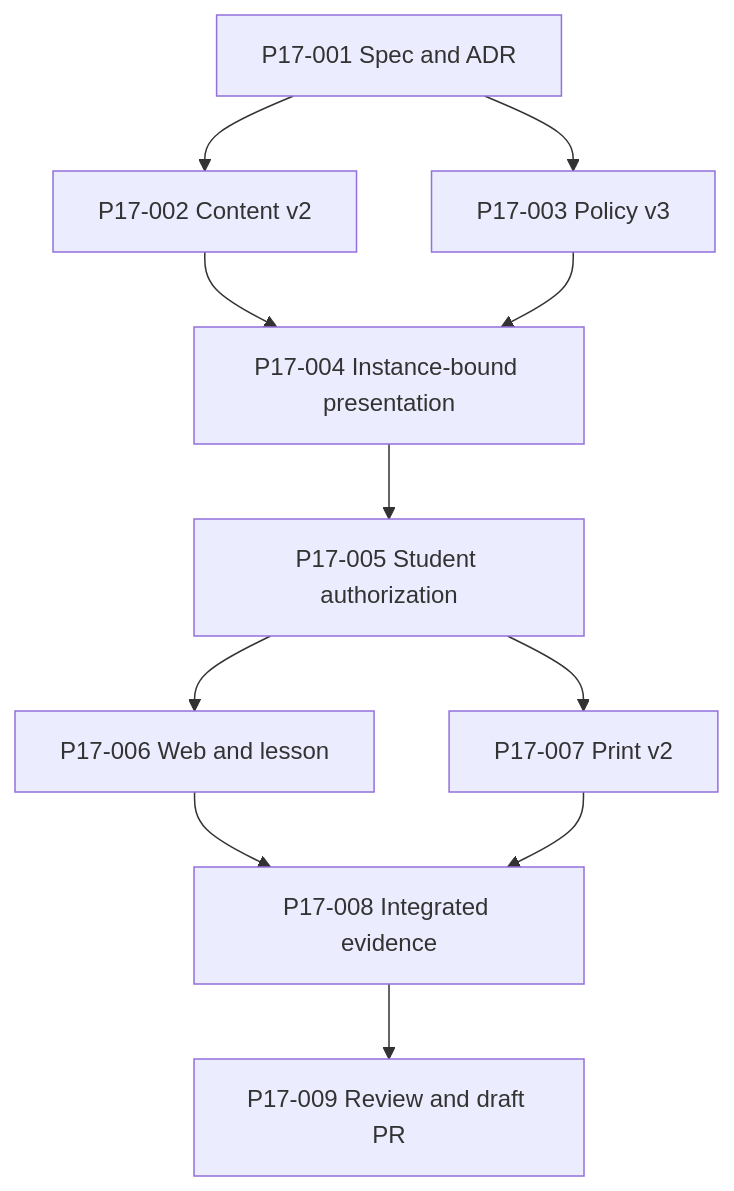
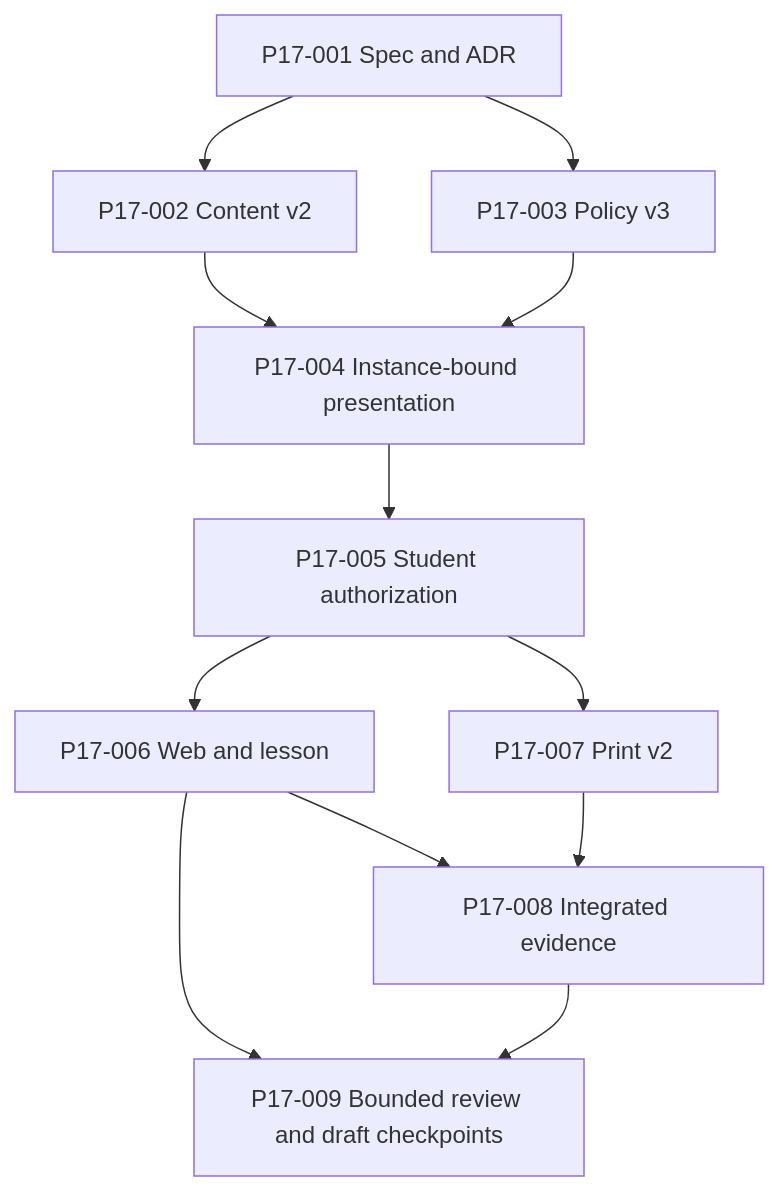
The diagram in specs/content-derived-presentation-v1.tasks.md (kazu-42/exercisebook.app), drawn with Mermaid before and after one commit. The commit also changed other lines of this file and 4 other files, not shown here.

````diff
--- a/specs/content-derived-presentation-v1.tasks.md
+++ b/specs/content-derived-presentation-v1.tasks.md
@@ -36,13 +36,14 @@
 ```mermaid
 flowchart TD
   A[P17-001 Spec and ADR] --> B[P17-002 Content v2]
   A --> C[P17-003 Policy v3]
   B --> D[P17-004 Instance-bound presentation]
   C --> D
   D --> E[P17-005 Student authorization]
   E --> F[P17-006 Web and lesson]
   E --> G[P17-007 Print v2]
   F --> H[P17-008 Integrated evidence]
   G --> H
-  H --> I[P17-009 Review and draft PR]
+  F --> I[P17-009 Bounded review and draft checkpoints]
+  H --> I
 ```
````
